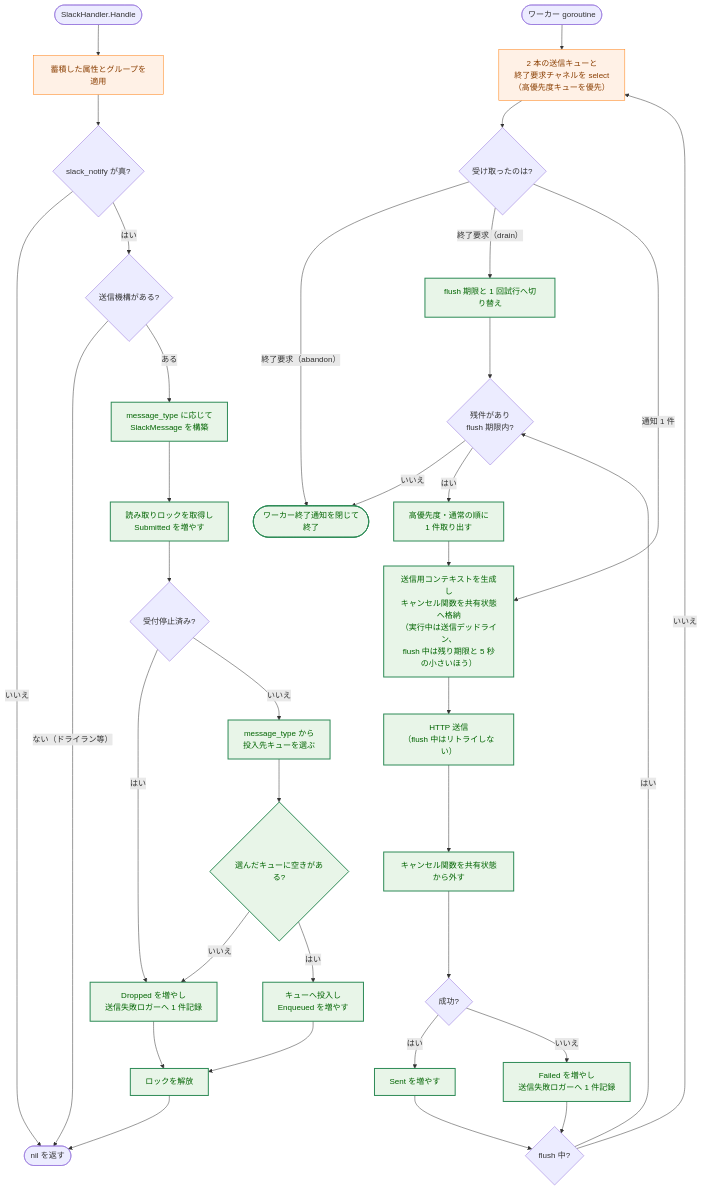
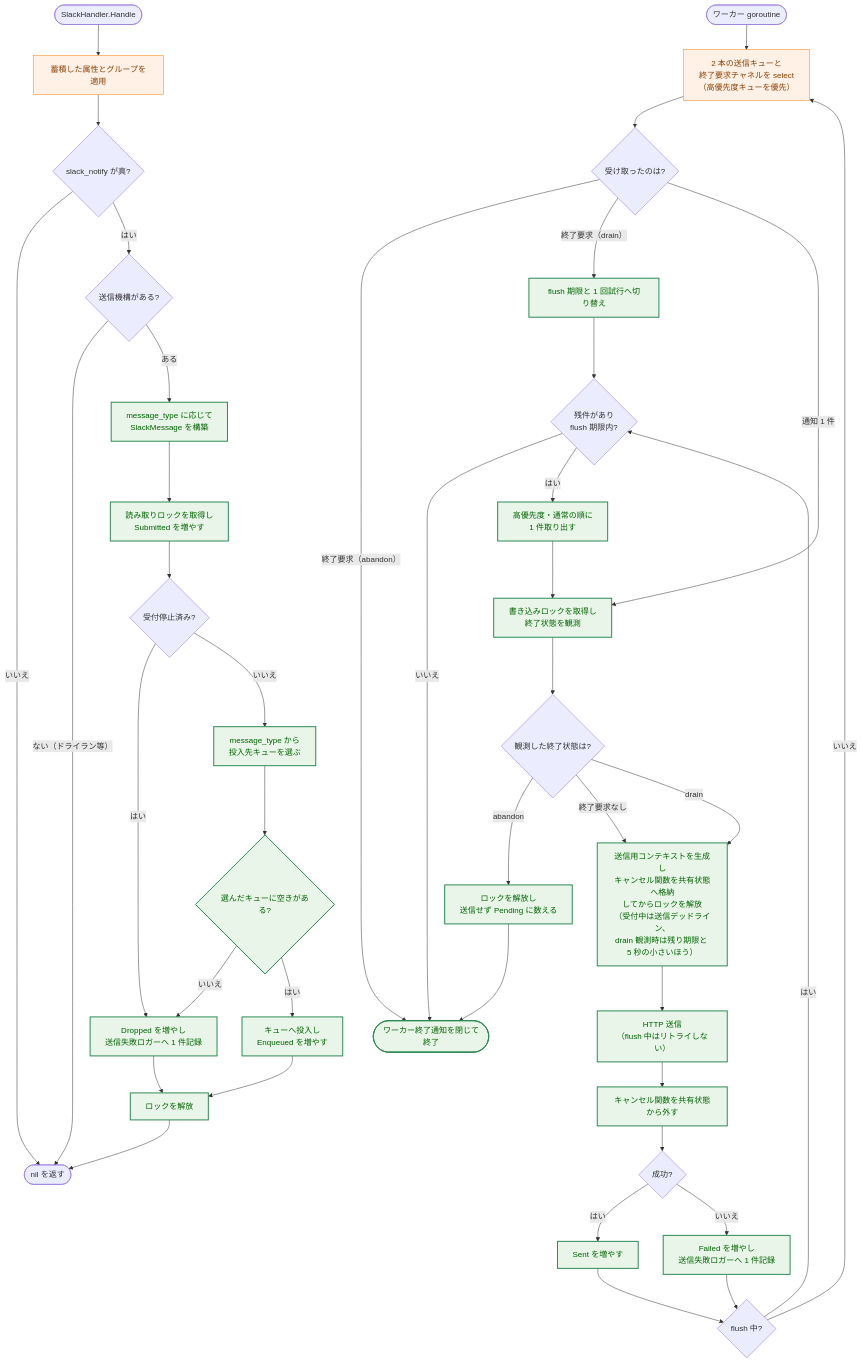
One commit to isseis/go-safe-cmd-runner changed the ninth of 10 diagrams in docs/tasks/0163_redaction_coverage_and_slack_async/02_architecture.md. Above: the diagram before and after it, drawn with Mermaid. The commit also changed other lines of this file and 1 other file, not shown here.

````diff
--- a/docs/tasks/0163_redaction_coverage_and_slack_async/02_architecture.md
+++ b/docs/tasks/0163_redaction_coverage_and_slack_async/02_architecture.md
@@ -965,44 +978,49 @@
 ```mermaid
 flowchart TD
     classDef process fill:#fff1e6,stroke:#ff7f0e,stroke-width:1px,color:#8a3e00;
     classDef enhanced fill:#e8f5e8,stroke:#2e8b57,stroke-width:2px,color:#006400;
 
     S(["SlackHandler.Handle"]) --> A1["蓄積した属性とグループを適用"]
     A1 --> C1{"slack_notify が真?"}
     C1 -->|"いいえ"| RET(["nil を返す"])
     C1 -->|"はい"| C2{"送信機構がある?"}
     C2 -->|"ない（ドライラン等）"| RET
     C2 -->|"ある"| BUILD["message_type に応じて<br>SlackMessage を構築"]
     BUILD --> LOCK["読み取りロックを取得し<br>Submitted を増やす"]
     LOCK --> C3{"受付停止済み?"}
     C3 -->|"はい"| DROP["Dropped を増やし<br>送信失敗ロガーへ 1 件記録"]
     C3 -->|"いいえ"| SEL["message_type から<br>投入先キューを選ぶ"]
     SEL --> ENQ{"選んだキューに空きがある?"}
     ENQ -->|"いいえ"| DROP
     ENQ -->|"はい"| PUT["キューへ投入し<br>Enqueued を増やす"]
     DROP --> UNLOCK["ロックを解放"]
     PUT --> UNLOCK
     UNLOCK --> RET
 
     W(["ワーカー goroutine"]) --> WT["2 本の送信キューと<br>終了要求チャネルを select<br>（高優先度キューを優先）"]
     WT --> WQ{"受け取ったのは?"}
     WQ -->|"終了要求（abandon）"| WEND(["ワーカー終了通知を閉じて終了"])
     WQ -->|"終了要求（drain）"| WDR["flush 期限と 1 回試行へ切り替え"]
     WDR --> WDQ{"残件があり<br>flush 期限内?"}
     WDQ -->|"いいえ"| WEND
     WDQ -->|"はい"| WPOP["高優先度・通常の順に<br>1 件取り出す"]
-    WPOP --> WCTX
-    WQ -->|"通知 1 件"| WCTX["送信用コンテキストを生成し<br>キャンセル関数を共有状態へ格納<br>（実行中は送信デッドライン、<br>flush 中は残り期限と 5 秒の小さいほう）"]
+    WPOP --> WLOCK
+    WQ -->|"通知 1 件"| WLOCK["書き込みロックを取得し<br>終了状態を観測"]
+    WLOCK --> WMODE{"観測した終了状態は?"}
+    WMODE -->|"abandon"| WABN["ロックを解放し<br>送信せず Pending に数える"]
+    WABN --> WEND
+    WMODE -->|"終了要求なし"| WCTX
+    WMODE -->|"drain"| WCTX["送信用コンテキストを生成し<br>キャンセル関数を共有状態へ格納<br>してからロックを解放<br>（受付中は送信デッドライン、<br>drain 観測時は残り期限と 5 秒の小さいほう）"]
     WCTX --> WSEND["HTTP 送信<br>（flush 中はリトライしない）"]
     WSEND --> WCLR["キャンセル関数を共有状態から外す"]
     WCLR --> WRES{"成功?"}
     WRES -->|"はい"| WOK["Sent を増やす"]
     WRES -->|"いいえ"| WNG["Failed を増やし<br>送信失敗ロガーへ 1 件記録"]
     WOK --> WNEXT{"flush 中?"}
     WNG --> WNEXT
     WNEXT -->|"いいえ"| WT
     WNEXT -->|"はい"| WDQ
 
-    class BUILD,LOCK,SEL,ENQ,PUT,DROP,UNLOCK,WCTX,WSEND,WCLR,WOK,WNG,WDR,WPOP,WEND enhanced
+    class BUILD,LOCK,SEL,ENQ,PUT,DROP,UNLOCK,WLOCK,WABN,WCTX,WSEND,WCLR,WOK,WNG,WDR,WPOP,WEND enhanced
     class A1,WT process
 ```
````
